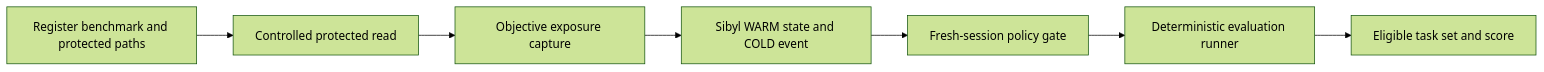
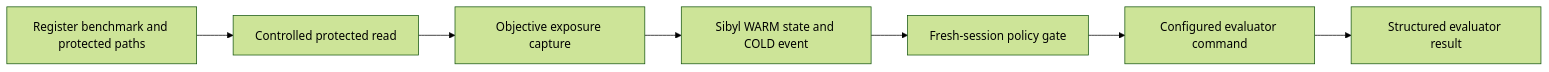
The first of 2 diagrams in README.md (CryptoZephyr/Skepis), drawn with Mermaid (forest theme) before and after one commit. The commit also changed other lines of this file and 12 other files, not shown here.

````diff
--- a/README.md
+++ b/README.md
@@ -31,9 +31,9 @@
 ```mermaid
 flowchart LR
     Register["Register benchmark and protected paths"] --> Read["Controlled protected read"]
     Read --> Capture["Objective exposure capture"]
     Capture --> Sibyl["Sibyl WARM state and COLD event"]
     Sibyl --> Gate["Fresh-session policy gate"]
-    Gate --> Runner["Deterministic evaluation runner"]
-    Runner --> Result["Eligible task set and score"]
+    Gate --> Runner["Configured evaluator command"]
+    Runner --> Result["Structured evaluator result"]
 ```
````
